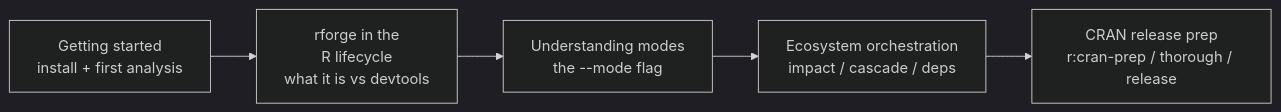
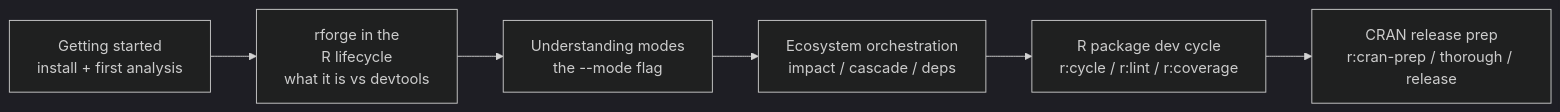
The diagram in docs/tutorials/README.md (Data-Wise/rforge), drawn with Mermaid (dark theme) before and after one commit. The commit also changed other lines of this file and 3 other files, not shown here.

First line of the commit message:
docs: add r-dev-cycle tutorial + update workflow flowcharts

````diff
--- a/docs/tutorials/README.md
+++ b/docs/tutorials/README.md
@@ -28,7 +29,8 @@
 ```mermaid
 flowchart LR
     A["Getting started<br/>install + first analysis"] --> B["rforge in the<br/>R lifecycle<br/>what it is vs devtools"]
     B --> C["Understanding modes<br/>the --mode flag"]
     C --> D["Ecosystem orchestration<br/>impact / cascade / deps"]
-    D --> E["CRAN release prep<br/>r:cran-prep / thorough / release"]
+    D --> E["R package dev cycle<br/>r:cycle / r:lint / r:coverage"]
+    E --> F["CRAN release prep<br/>r:cran-prep / thorough / release"]
 ```
````
